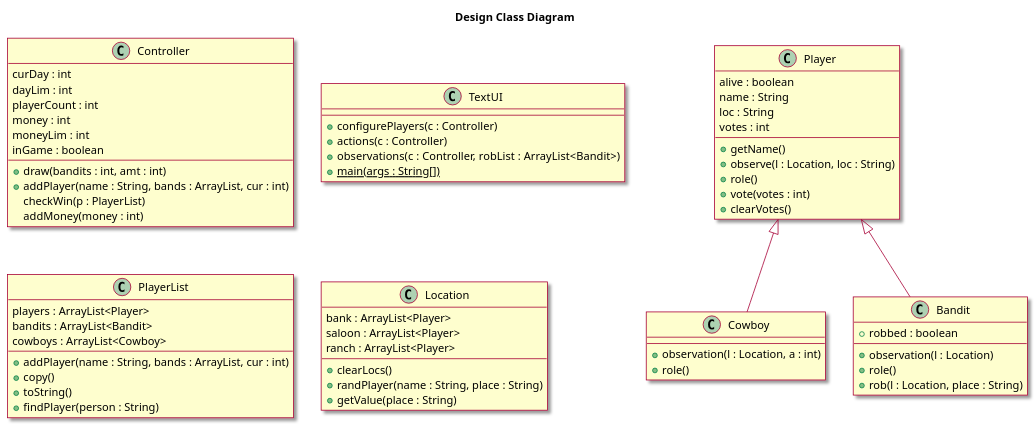
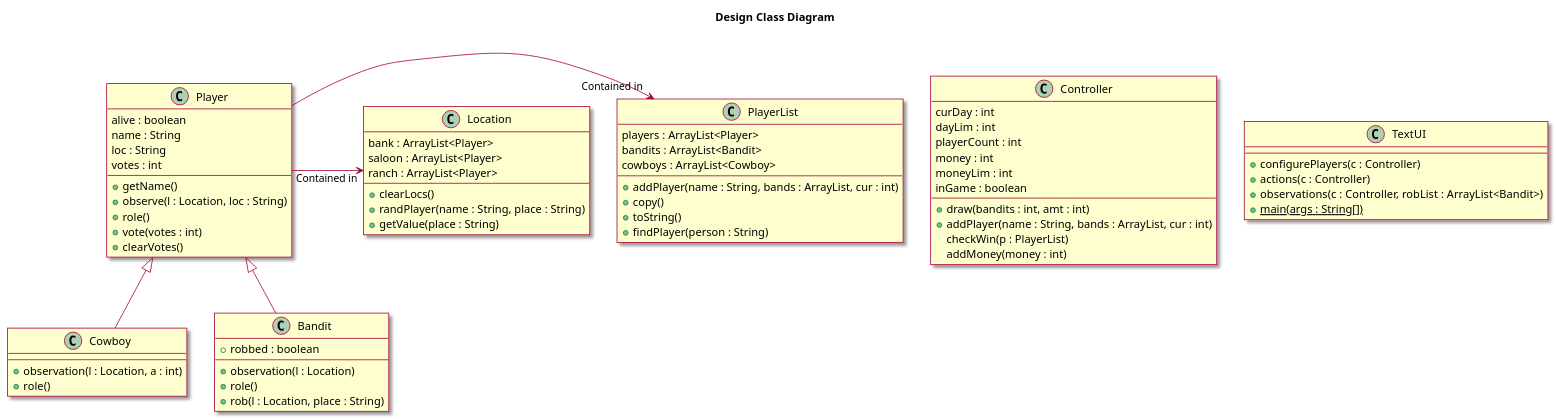
One commit to DeannaLC/AndroidProject changed the sixth of 6 diagrams in doc/design2.md. Above: the diagram before and after it, drawn with PlantUML.

Commit message:
added relationship lines to class diagram

```diff
--- a/doc/design2.md
+++ b/doc/design2.md
@@ -253,6 +253,8 @@
 +getValue(place : String)
 }
 
+Player -> "Contained in" PlayerList: \t\t
+Player -> "Contained in" Location: \t\t
 Player <|-- Bandit
 Player <|-- Cowboy
 @enduml
```
